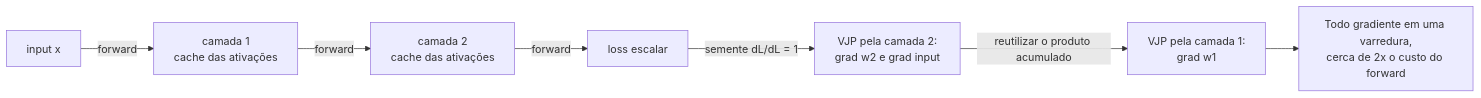
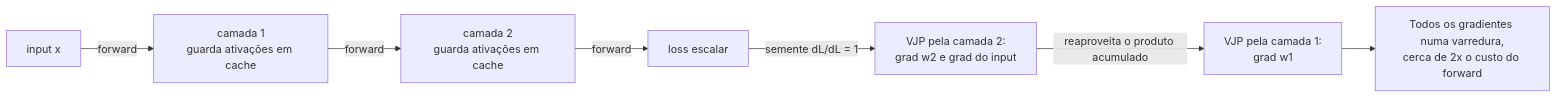
Before and after one commit to andrevberaldo/AI-Engineer-Interview-Questions: diagram 14 of 27 in 01-ml-and-dl-foundations/questions.pt-BR.md, drawn with Mermaid. The commit also changed other lines of this file, not shown here.

````diff
--- a/01-ml-and-dl-foundations/questions.pt-BR.md
+++ b/01-ml-and-dl-foundations/questions.pt-BR.md
@@ -641,9 +641,9 @@
 ```mermaid
 flowchart LR
-    A["input x"] -->|"forward"| B["camada 1<br/>cache das ativações"]
-    B -->|"forward"| C["camada 2<br/>cache das ativações"]
+    A["input x"] -->|"forward"| B["camada 1<br/>guarda ativações em cache"]
+    B -->|"forward"| C["camada 2<br/>guarda ativações em cache"]
     C -->|"forward"| D["loss escalar"]
-    D -->|"semente dL/dL = 1"| E["VJP pela camada 2:<br/>grad w2 e grad input"]
-    E -->|"reutilizar o produto acumulado"| F["VJP pela camada 1:<br/>grad w1"]
-    F --> G["Todo gradiente em uma varredura,<br/>cerca de 2x o custo do forward"]
+    D -->|"semente dL/dL = 1"| E["VJP pela camada 2:<br/>grad w2 e grad do input"]
+    E -->|"reaproveita o produto acumulado"| F["VJP pela camada 1:<br/>grad w1"]
+    F --> G["Todos os gradientes numa varredura,<br/>cerca de 2x o custo do forward"]
 ```
````
